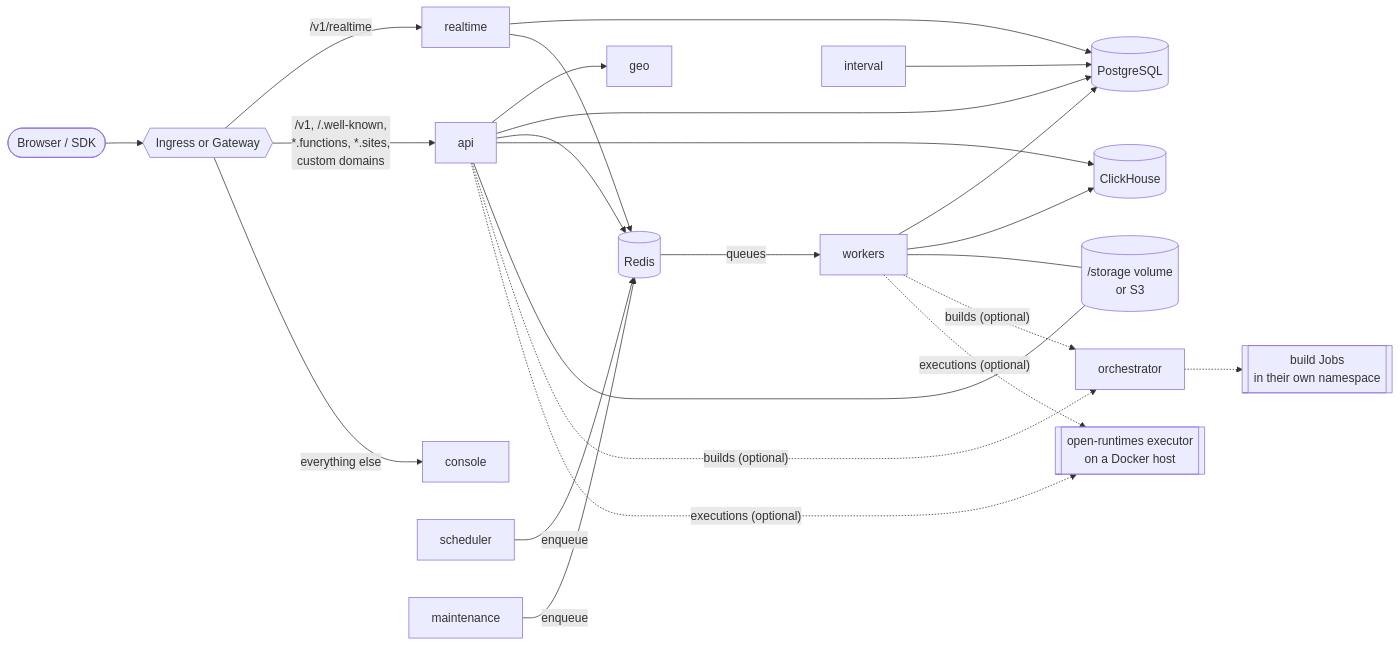
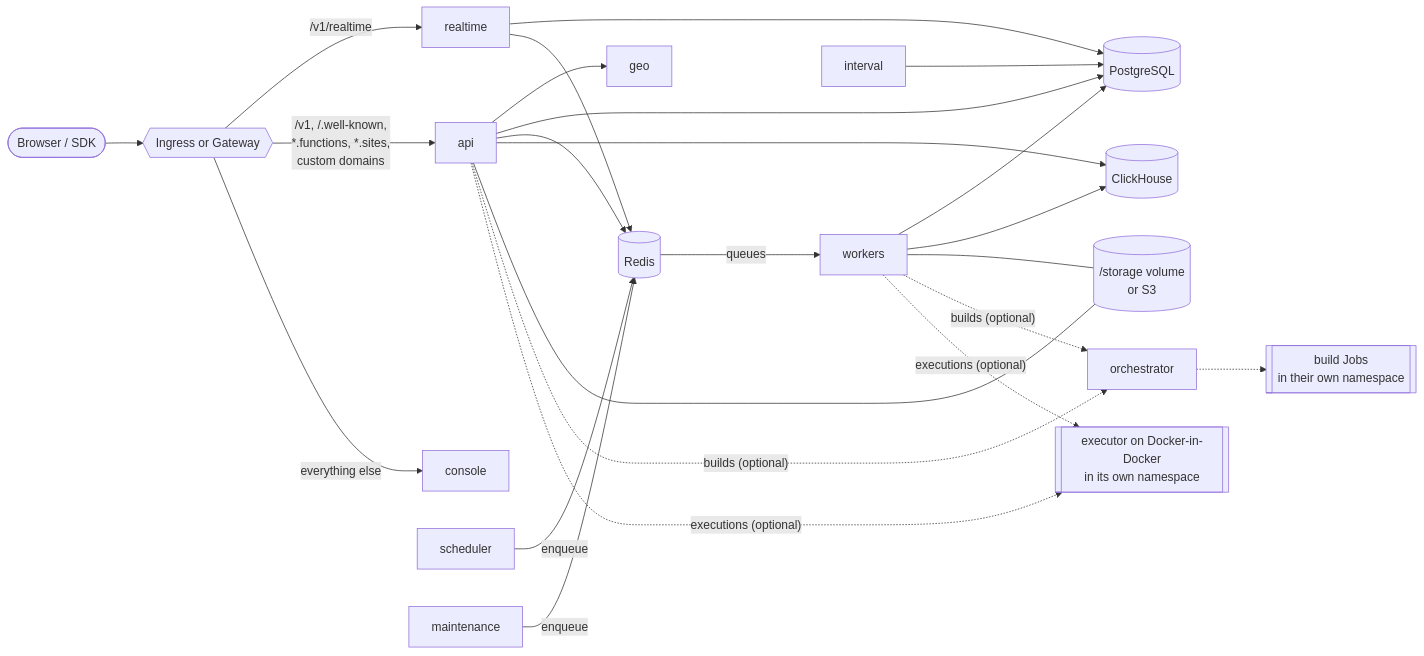
Before and after one commit to appwrite/helm-chart: the diagram in docs/architecture.md, drawn with Mermaid. The commit also changed other lines of this file and 35 other files, not shown here.

````diff
--- a/docs/architecture.md
+++ b/docs/architecture.md
@@ -8,28 +8,28 @@
 ```mermaid
 flowchart LR
   user([Browser / SDK]) --> edge{{Ingress or Gateway}}
 
   edge -- "/v1/realtime" --> realtime[realtime]
   edge -- "/v1, /.well-known,\n*.functions, *.sites,\ncustom domains" --> api[api]
   edge -- "everything else" --> console[console]
 
   api --> geo[geo]
   api --> pg[(PostgreSQL)]
   api --> redis[(Redis)]
   api --> ch[(ClickHouse)]
   realtime --> pg
   realtime --> redis
 
   redis -- queues --> worker[workers]
   scheduler[scheduler] -- enqueue --> redis
   maintenance[maintenance] -- enqueue --> redis
   interval[interval] --> pg
 
   worker --> pg
   worker --> ch
   api --- storage[(/storage volume\nor S3)]
   worker --- storage
 
   api & worker -. "builds (optional)" .-> orchestrator[orchestrator] -.-> builds[[build Jobs\nin their own namespace]]
-  api & worker -. "executions (optional)" .-> executor[[open-runtimes executor\non a Docker host]]
+  api & worker -. "executions (optional)" .-> executor[[executor on Docker-in-Docker\nin its own namespace]]
 ```
````
